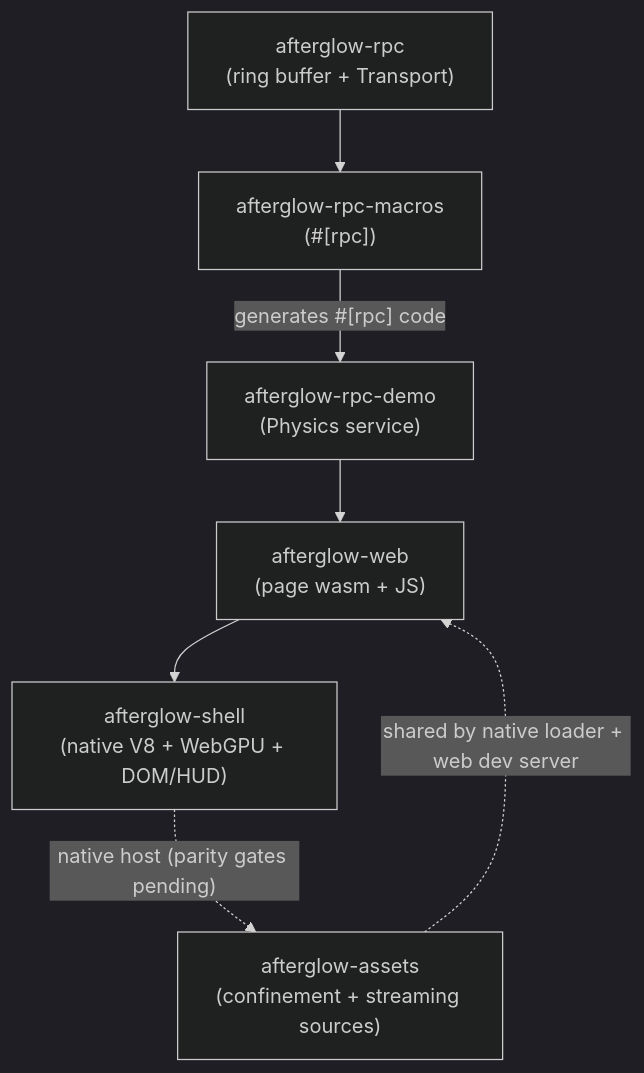
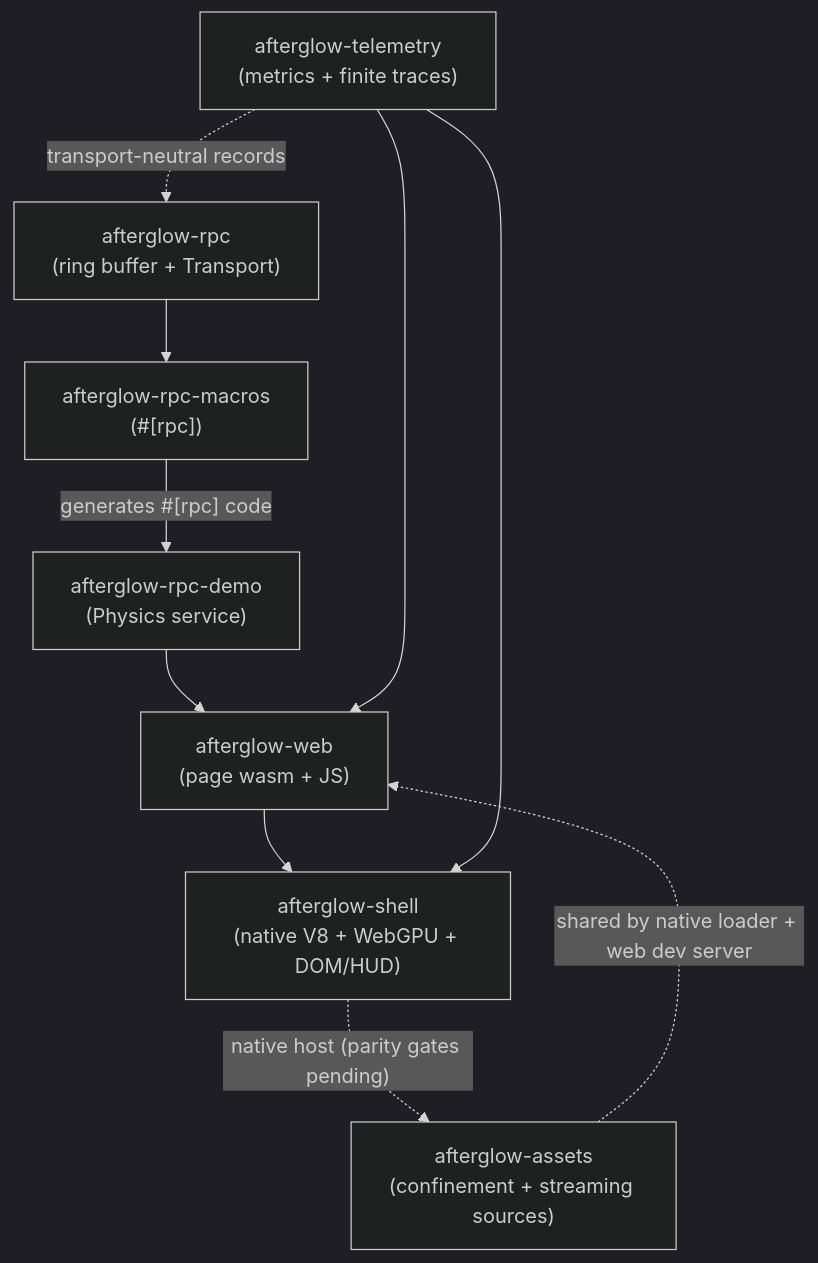
Before and after one commit to skyne98/afterglow-engine: the diagram in book/src/reference/crate-map.md, drawn with Mermaid (dark theme). The commit also changed other lines of this file and 54 other files, not shown here.

````diff
--- a/book/src/reference/crate-map.md
+++ b/book/src/reference/crate-map.md
@@ -23,16 +24,20 @@
 ```mermaid
 flowchart TB
   rpc["afterglow-rpc<br/>(ring buffer + Transport)"]
   mac["afterglow-rpc-macros<br/>(#[rpc])"]
   demo["afterglow-rpc-demo<br/>(Physics service)"]
   web["afterglow-web<br/>(page wasm + JS)"]
   shell["afterglow-shell<br/>(native V8 + WebGPU + DOM/HUD)"]
   assets["afterglow-assets<br/>(confinement + streaming sources)"]
+  telemetry["afterglow-telemetry<br/>(metrics + finite traces)"]
 
   rpc --> mac
   mac -->|"generates #[rpc] code"| demo
   demo --> web
   web --> shell
   shell -.->|"native host (parity gates pending)"| assets
   assets -.->|"shared by native loader + web dev server"| web
+  telemetry -.->|"transport-neutral records"| rpc
+  telemetry --> web
+  telemetry --> shell
 ```
````
